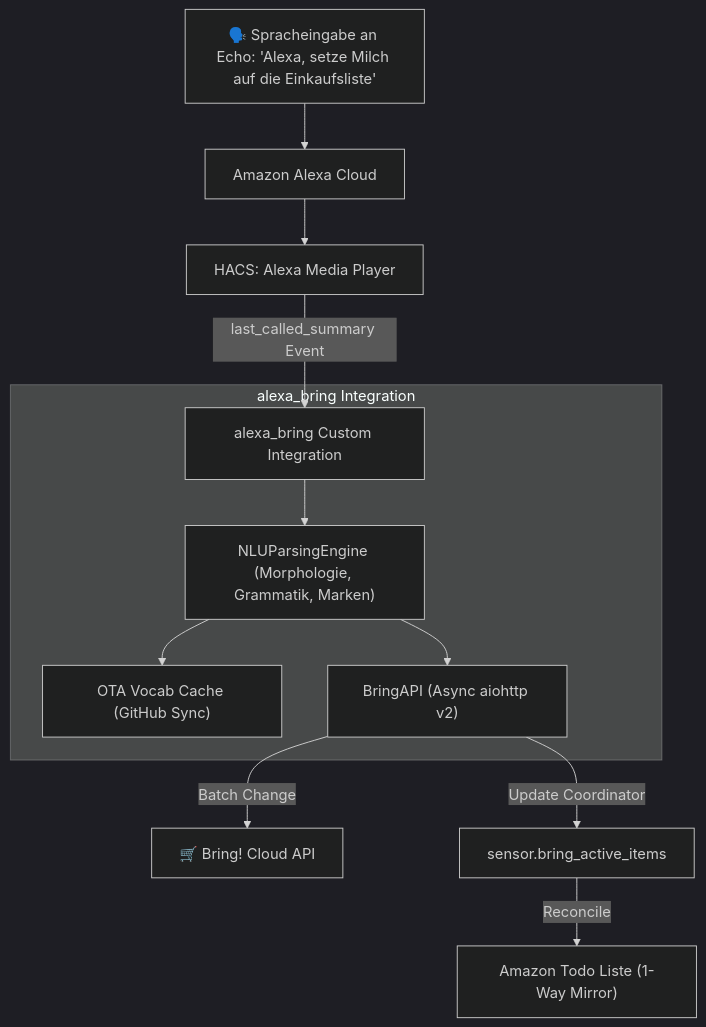
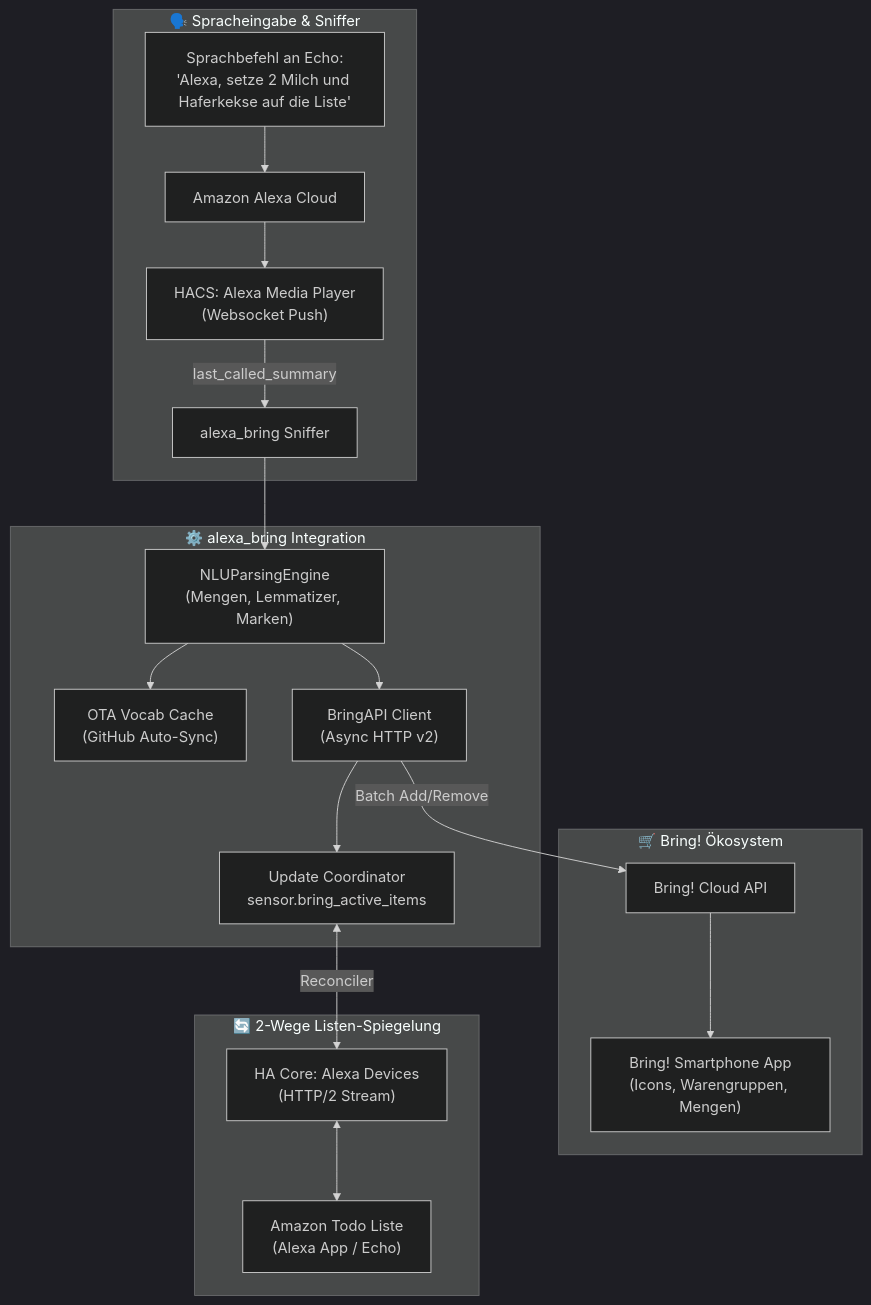
Before and after one commit to springer-homelab/alexa-bring-sync: the diagram in README.md, drawn with Mermaid (dark theme). The commit also changed other lines of this file, not shown here.

Commit message:
docs: document integration with official Alexa Devices core integration

````diff
--- a/README.md
+++ b/README.md
@@ -75,16 +80,25 @@
 ```mermaid
 flowchart TD
-    A["🗣️ Spracheingabe an Echo: 'Alexa, setze Milch auf die Einkaufsliste'"] --> B["Amazon Alexa Cloud"]
-    B --> C["HACS: Alexa Media Player"]
-    C -->|last_called_summary Event| D["alexa_bring Custom Integration"]
-    
-    subgraph AlexaBring ["alexa_bring Integration"]
-        D --> E["NLUParsingEngine (Morphologie, Grammatik, Marken)"]
-        E --> F["OTA Vocab Cache (GitHub Sync)"]
-        E --> G["BringAPI (Async aiohttp v2)"]
+    subgraph AlexaVoice ["🗣️ Spracheingabe & Sniffer"]
+        A["Sprachbefehl an Echo:\n'Alexa, setze 2 Milch und Haferkekse auf die Liste'"] --> B["Amazon Alexa Cloud"]
+        B --> C["HACS: Alexa Media Player\n(Websocket Push)"]
+        C -->|last_called_summary| D["alexa_bring Sniffer"]
     end
-    
-    G -->|Batch Change| H["🛒 Bring! Cloud API"]
-    G -->|Update Coordinator| I["sensor.bring_active_items"]
-    I -->|Reconcile| J["Amazon Todo Liste (1-Way Mirror)"]
+
+    subgraph AlexaBring ["⚙️ alexa_bring Integration"]
+        D --> E["NLUParsingEngine\n(Mengen, Lemmatizer, Marken)"]
+        E --> F["OTA Vocab Cache\n(GitHub Auto-Sync)"]
+        E --> G["BringAPI Client\n(Async HTTP v2)"]
+        G --> M["Update Coordinator\nsensor.bring_active_items"]
+    end
+
+    subgraph BringCloud ["🛒 Bring! Ökosystem"]
+        G -->|Batch Add/Remove| H["Bring! Cloud API"]
+        H --> I["Bring! Smartphone App\n(Icons, Warengruppen, Mengen)"]
+    end
+
+    subgraph TodoSync ["🔄 2-Wege Listen-Spiegelung"]
+        M <-->|Reconciler| J["HA Core: Alexa Devices\n(HTTP/2 Stream)"]
+        J <--> K["Amazon Todo Liste\n(Alexa App / Echo)"]
+    end
 ```
````
